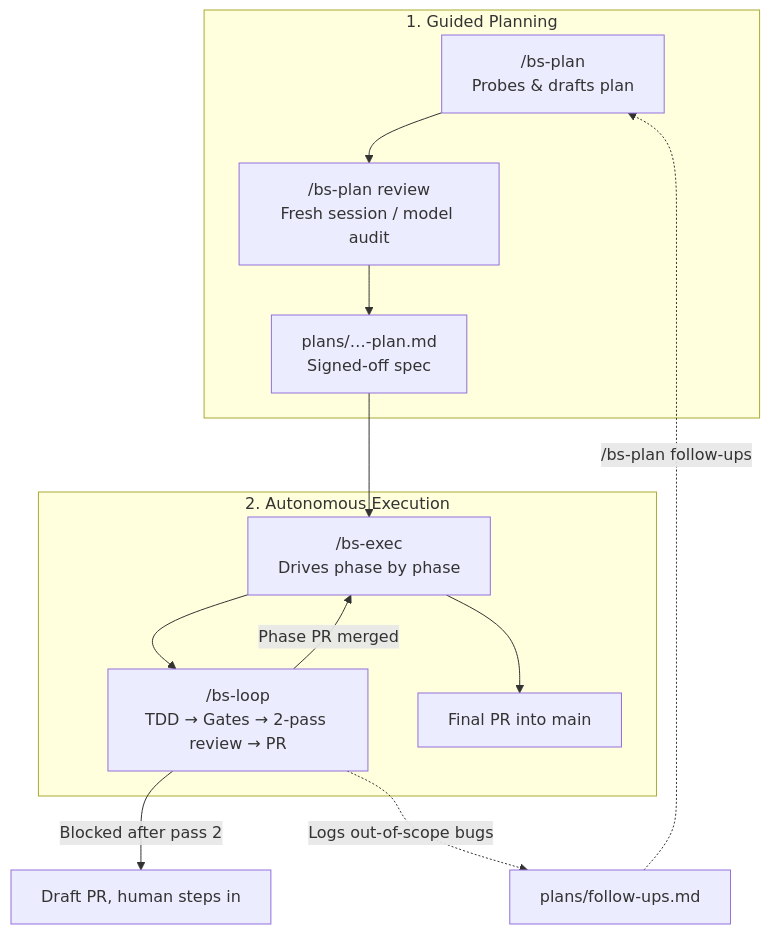
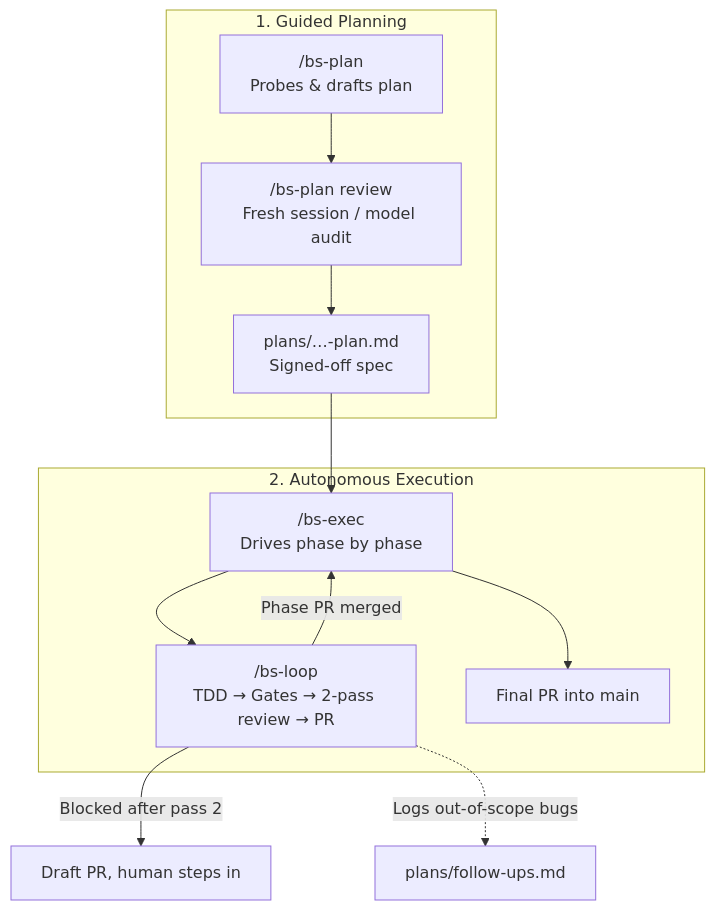
Before and after one commit to seriva/bootstrap: the diagram in README.md, drawn with Mermaid. The commit also changed other lines of this file and 18 other files, not shown here.

````diff
--- a/README.md
+++ b/README.md
@@ -62,18 +62,17 @@
 ```mermaid
 flowchart TD
     subgraph Guide["1. Guided Planning"]
         DP["/bs-plan<br/>Probes & drafts plan"] --> DPreview["/bs-plan review<br/>Fresh session / model audit"]
         DPreview --> Plan["plans/…-plan.md<br/>Signed-off spec"]
     end
 
     subgraph Auto["2. Autonomous Execution"]
         Plan --> EP["/bs-exec<br/>Drives phase by phase"]
         EP --> DL["/bs-loop<br/>TDD → Gates → 2-pass review → PR"]
         DL -->|"Phase PR merged"| EP
         EP --> Final["Final PR into main"]
     end
 
     DL -->|"Blocked after pass 2"| Human["Draft PR, human steps in"]
     DL -.->|"Logs out-of-scope bugs"| FU["plans/follow-ups.md"]
-    FU -.->|"/bs-plan follow-ups"| DP
 ```
````
